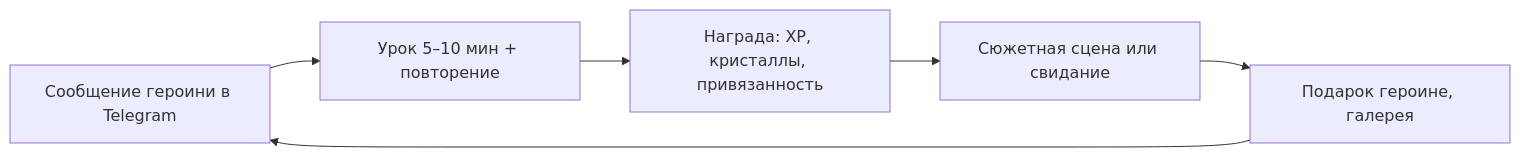
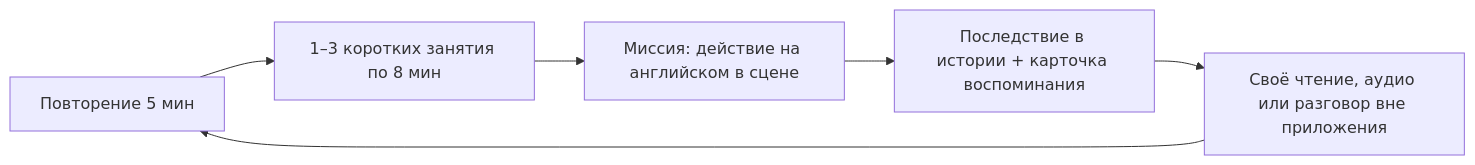
One commit to nook2b/english-learning changed the first of 2 diagrams in docs/00-full-plan.md. Above: the diagram before and after it, drawn with Mermaid. The commit also changed other lines of this file and 10 other files, not shown here.

````diff
--- a/docs/00-full-plan.md
+++ b/docs/00-full-plan.md
@@ -46,8 +53,8 @@
 ```mermaid
 flowchart LR
-  Q["Сообщение героини в Telegram"] --> L["Урок 5–10 мин + повторение"]
-  L --> R["Награда: XP, кристаллы, привязанность"]
-  R --> S["Сюжетная сцена или свидание"]
-  S --> G["Подарок героине, галерея"]
-  G --> Q
+  P["Повторение 5 мин"] --> L["1–3 коротких занятия по 8 мин"]
+  L --> M["Миссия: действие на английском в сцене"]
+  M --> C["Последствие в истории + карточка воспоминания"]
+  C --> X["Своё чтение, аудио или разговор вне приложения"]
+  X --> P
 ```
````
